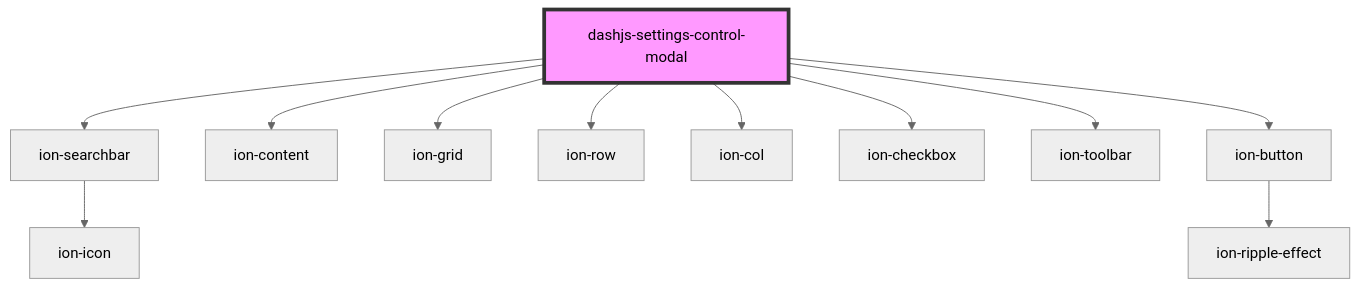
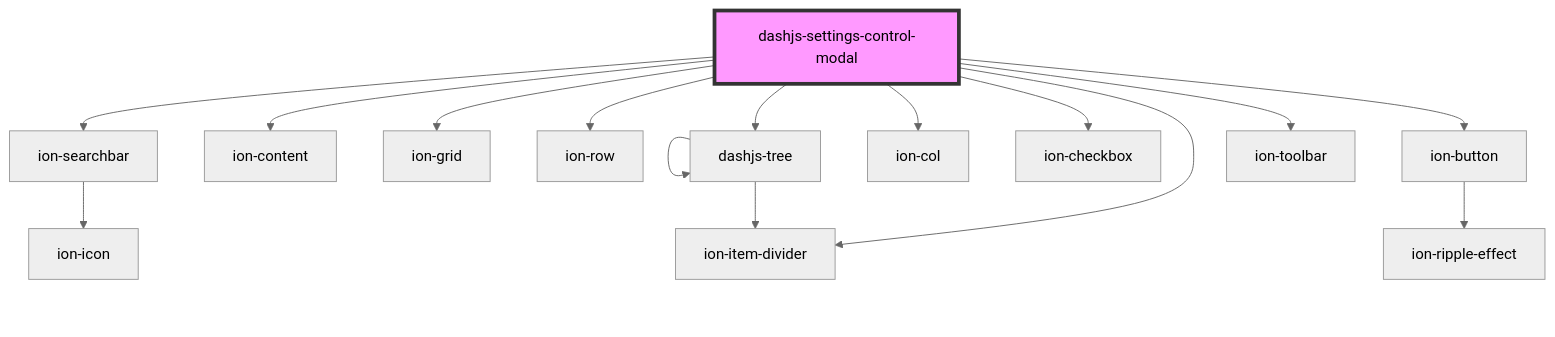
The diagram in src/components/dashjs-settings-control-modal/readme.md (AWTPJ2021/dash-reference-ui), drawn with Mermaid (neutral theme) before and after one commit. The commit also changed other lines of this file and 46 other files, not shown here.

````diff
--- a/src/components/dashjs-settings-control-modal/readme.md
+++ b/src/components/dashjs-settings-control-modal/readme.md
@@ -30,14 +33,18 @@
 ```mermaid
 graph TD;
   dashjs-settings-control-modal --> ion-searchbar
   dashjs-settings-control-modal --> ion-content
   dashjs-settings-control-modal --> ion-grid
   dashjs-settings-control-modal --> ion-row
+  dashjs-settings-control-modal --> dashjs-tree
   dashjs-settings-control-modal --> ion-col
   dashjs-settings-control-modal --> ion-checkbox
+  dashjs-settings-control-modal --> ion-item-divider
   dashjs-settings-control-modal --> ion-toolbar
   dashjs-settings-control-modal --> ion-button
   ion-searchbar --> ion-icon
+  dashjs-tree --> dashjs-tree
+  dashjs-tree --> ion-item-divider
   ion-button --> ion-ripple-effect
   style dashjs-settings-control-modal fill:#f9f,stroke:#333,stroke-width:4px
 ```
````
